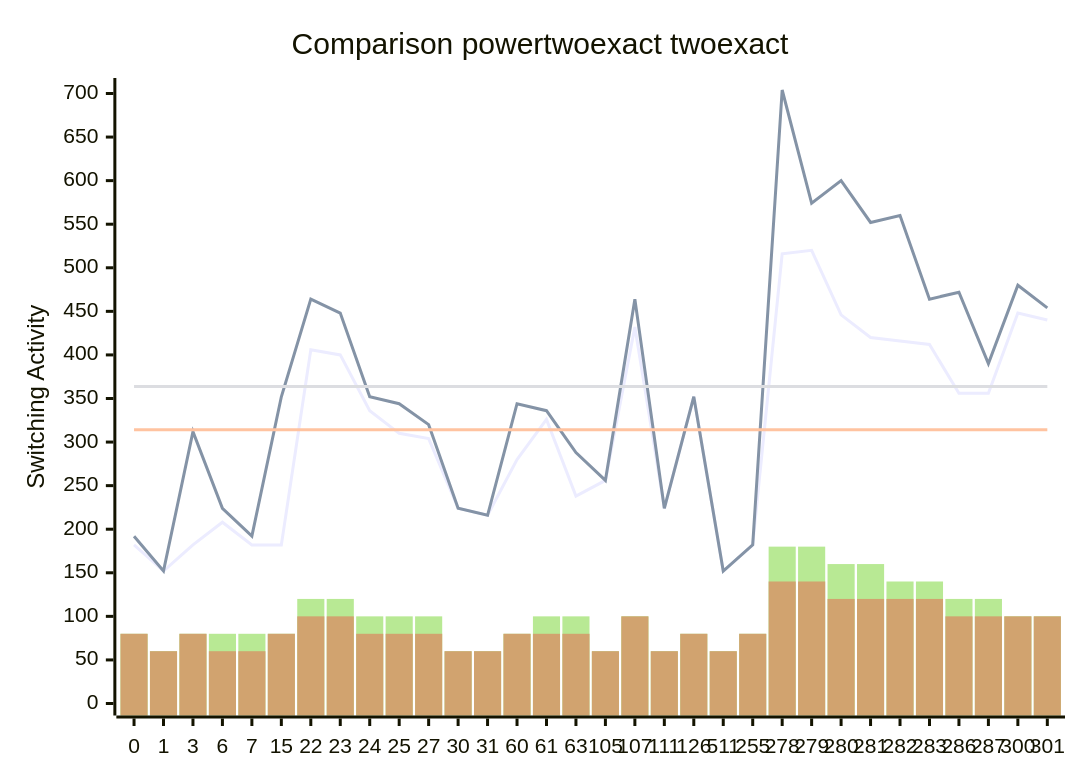
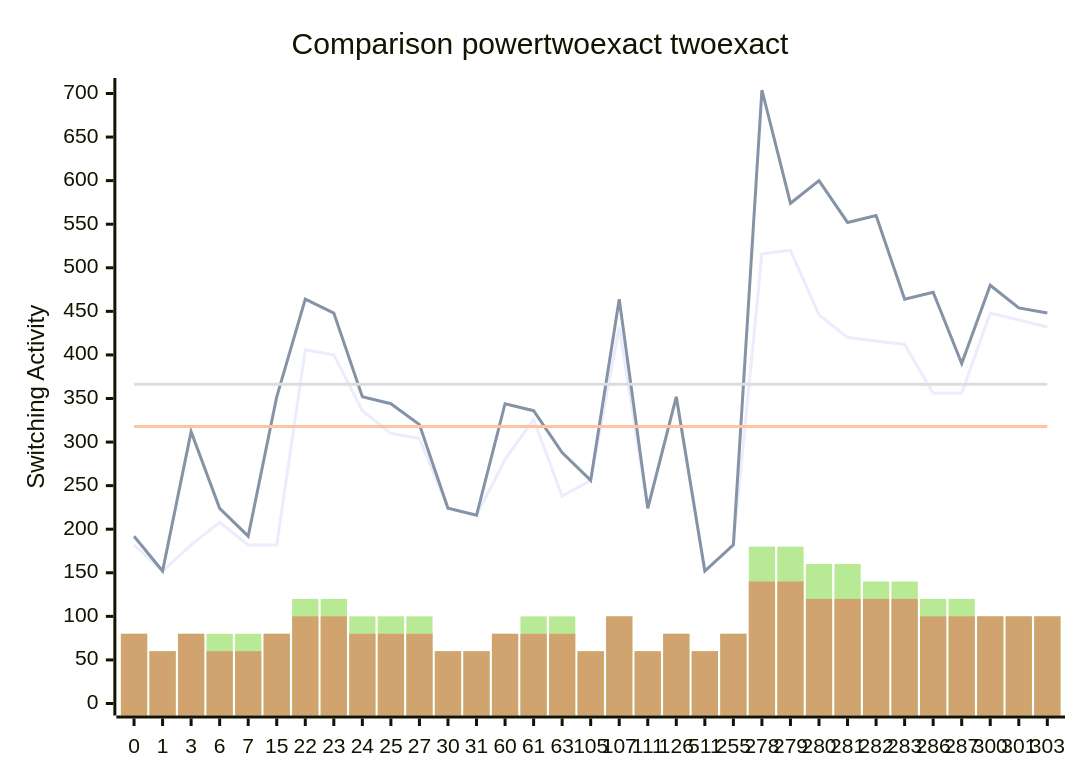
The diagram in benchmark_opt.md (FeldmeierMichael/Exact-Power-Synthesis), drawn with Mermaid before and after one commit. The commit also changed other lines of this file, not shown here.

````diff
--- a/benchmark_opt.md
+++ b/benchmark_opt.md
@@ -69,12 +71,12 @@
 ```mermaid
 xychart-beta
     title "Comparison powertwoexact twoexact"
-    x-axis [0, 1, 3, 6, 7, 15, 22, 23, 24, 25, 27, 30, 31, 60, 61, 63, 105, 107, 111, 126, 511, 255, 278, 279, 280, 281, 282, 283, 286, 287, 300, 301]
+    x-axis [0, 1, 3, 6, 7, 15, 22, 23, 24, 25, 27, 30, 31, 60, 61, 63, 105, 107, 111, 126, 511, 255, 278, 279, 280, 281, 282, 283, 286, 287, 300, 301, 303]
     y-axis "Switching Activity" 0-->704
-    line [182, 152, 182, 208, 182, 182, 406, 400, 336, 310, 304, 224, 216, 280, 326, 238, 256, 432, 224, 352, 152, 182, 516, 520, 446, 420, 416, 412, 356, 356, 448, 440]
-    line [192, 152, 312, 224, 192, 352, 464, 448, 352, 344, 320, 224, 216, 344, 336, 288, 256, 464, 224, 352, 152, 182, 704, 574, 600, 552, 560, 464, 472, 390, 480, 454]
-    line [314.25, 314.25, 314.25, 314.25, 314.25, 314.25, 314.25, 314.25, 314.25, 314.25, 314.25, 314.25, 314.25, 314.25, 314.25, 314.25, 314.25, 314.25, 314.25, 314.25, 314.25, 314.25, 314.25, 314.25, 314.25, 314.25, 314.25, 314.25, 314.25, 314.25, 314.25, 314.25]
-    line [363.75, 363.75, 363.75, 363.75, 363.75, 363.75, 363.75, 363.75, 363.75, 363.75, 363.75, 363.75, 363.75, 363.75, 363.75, 363.75, 363.75, 363.75, 363.75, 363.75, 363.75, 363.75, 363.75, 363.75, 363.75, 363.75, 363.75, 363.75, 363.75, 363.75, 363.75, 363.75]
-    bar [80, 60, 80, 80, 80, 80, 120, 120, 100, 100, 100, 60, 60, 80, 100, 100, 60, 100, 60, 80, 60, 80, 180, 180, 160, 160, 140, 140, 120, 120, 100, 100]
-    bar [80, 60, 80, 60, 60, 80, 100, 100, 80, 80, 80, 60, 60, 80, 80, 80, 60, 100, 60, 80, 60, 80, 140, 140, 120, 120, 120, 120, 100, 100, 100, 100]
+    line [182, 152, 182, 208, 182, 182, 406, 400, 336, 310, 304, 224, 216, 280, 326, 238, 256, 432, 224, 352, 152, 182, 516, 520, 446, 420, 416, 412, 356, 356, 448, 440, 432]
+    line [192, 152, 312, 224, 192, 352, 464, 448, 352, 344, 320, 224, 216, 344, 336, 288, 256, 464, 224, 352, 152, 182, 704, 574, 600, 552, 560, 464, 472, 390, 480, 454, 448]
+    line [317.8181818181818, 317.8181818181818, 317.8181818181818, 317.8181818181818, 317.8181818181818, 317.8181818181818, 317.8181818181818, 317.8181818181818, 317.8181818181818, 317.8181818181818, 317.8181818181818, 317.8181818181818, 317.8181818181818, 317.8181818181818, 317.8181818181818, 317.8181818181818, 317.8181818181818, 317.8181818181818, 317.8181818181818, 317.8181818181818, 317.8181818181818, 317.8181818181818, 317.8181818181818, 317.8181818181818, 317.8181818181818, 317.8181818181818, 317.8181818181818, 317.8181818181818, 317.8181818181818, 317.8181818181818, 317.8181818181818, 317.8181818181818, 317.8181818181818]
+    line [366.3030303030303, 366.3030303030303, 366.3030303030303, 366.3030303030303, 366.3030303030303, 366.3030303030303, 366.3030303030303, 366.3030303030303, 366.3030303030303, 366.3030303030303, 366.3030303030303, 366.3030303030303, 366.3030303030303, 366.3030303030303, 366.3030303030303, 366.3030303030303, 366.3030303030303, 366.3030303030303, 366.3030303030303, 366.3030303030303, 366.3030303030303, 366.3030303030303, 366.3030303030303, 366.3030303030303, 366.3030303030303, 366.3030303030303, 366.3030303030303, 366.3030303030303, 366.3030303030303, 366.3030303030303, 366.3030303030303, 366.3030303030303, 366.3030303030303]
+    bar [80, 60, 80, 80, 80, 80, 120, 120, 100, 100, 100, 60, 60, 80, 100, 100, 60, 100, 60, 80, 60, 80, 180, 180, 160, 160, 140, 140, 120, 120, 100, 100, 100]
+    bar [80, 60, 80, 60, 60, 80, 100, 100, 80, 80, 80, 60, 60, 80, 80, 80, 60, 100, 60, 80, 60, 80, 140, 140, 120, 120, 120, 120, 100, 100, 100, 100, 100]
 ```
````
